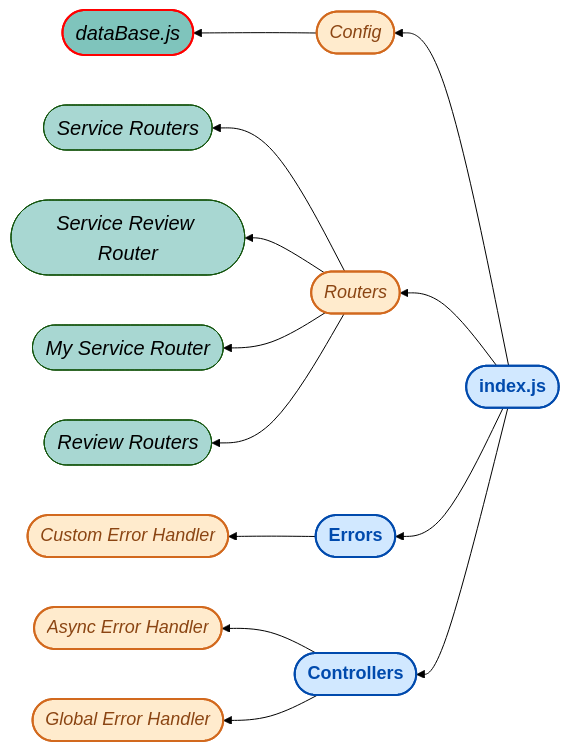
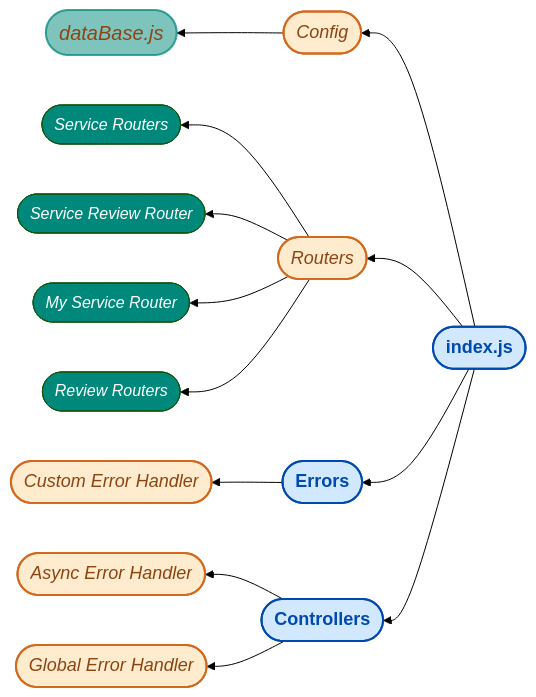
One commit to Dev-NayanBiswas/FaiRate changed the second of 2 diagrams in README.md. Above: the diagram before and after it, drawn with Mermaid (forest theme). The commit also changed other lines of this file and 1 other file, not shown here.

````diff
--- a/README.md
+++ b/README.md
@@ -138,30 +141,30 @@
 ```mermaid
 flowchart RL
 classDef routeStyle fill:#D1E8FF,stroke:#004AAD,stroke-width:2px,color:#004AAD,font-size:18px,font-weight:bold;
 classDef componentStyle fill:#FFEBCD,stroke:#D2691E,stroke-width:2px,color:#8B4513,font-size:18px,font-style:italic;
-classDef secureStyle fill:#00897b80,stroke:red,stroke-width:2px,color:#000,font-size:20px,font-style:italic;
-classDef homeStyle fill:#00897b57,color:#000,font-size:20px,font-style:italic;
+classDef secureStyle fill:#00897b80,stroke:#00897b80,stroke-width:2px,color:#00897b8,font-size:20px,font-style:italic;
+classDef homeStyle fill:#00897b,color:#fff,font-size:16px,font-style:italic;
 
-id2([index.js])
+id2([ index.js])
 id2 --> id5([Config]) 
 id5-->id40([dataBase.js])
 
 
 id2 --> id9([Routers]) 
 id9 --> id20([Service Routers])
 id9 --> id21([Service Review Router])
 id9 --> id22([My Service Router])
 id9 --> id23([Review Routers])
 
 id2 --> id6([Errors]) --> id7([Custom Error Handler])
 id2 --> id12([Controllers]) --> id13([Async Error Handler])
 id12 --> id15([Global Error Handler])
 
 
 
 class id2,id4,id6,id8,id10,id12,id14,id16,id54 routeStyle
 class id1,id5,id7,id9,id11,id13,id15,id17,id19,id55,id40,id41,id42,id43,id18 componentStyle
 class id40,id41,id42 secureStyle
 class id20,id21,id22,id23,id24,id25 homeStyle
 
 ```
````
